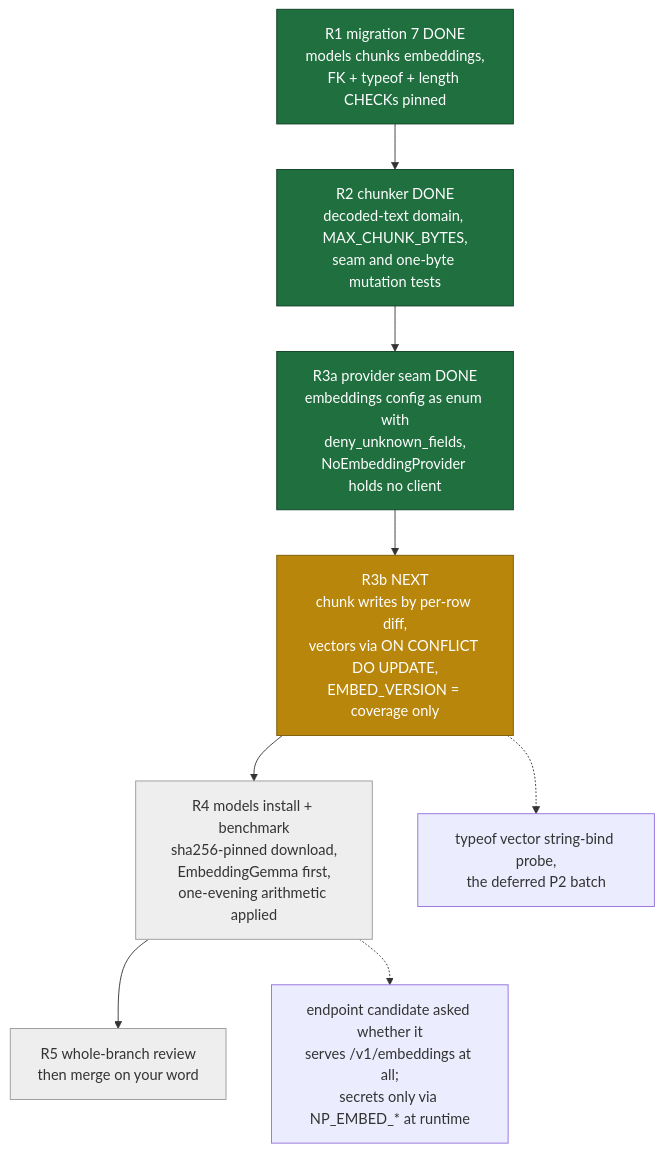
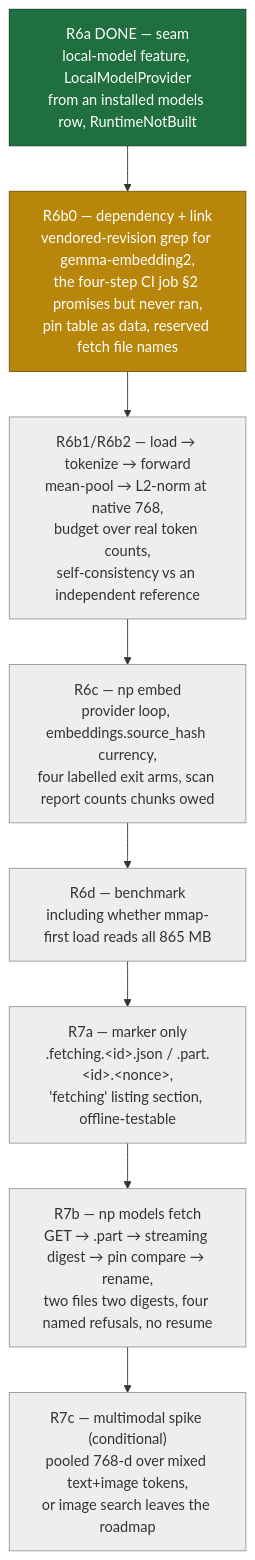
Before and after one commit to Ex-Bot-01/note-processor: the third of 3 diagrams in docs/plan-2026-10-28-state-and-roadmap.md, drawn with Mermaid. The commit also changed other lines of this file and 1 other file, not shown here.

````diff
--- a/docs/plan-2026-10-28-state-and-roadmap.md
+++ b/docs/plan-2026-10-28-state-and-roadmap.md
@@ -88,21 +114,20 @@
 ```mermaid
 flowchart TD
-    R1["R1 migration 7 DONE<br/>models chunks embeddings,<br/>FK + typeof + length CHECKs pinned"]
-    R2["R2 chunker DONE<br/>decoded-text domain, MAX_CHUNK_BYTES,<br/>seam and one-byte mutation tests"]
-    R3["R3a provider seam DONE<br/>embeddings config as enum with<br/>deny_unknown_fields,<br/>NoEmbeddingProvider holds no client"]
-    R3B["R3b NEXT<br/>chunk writes by per-row diff,<br/>vectors via ON CONFLICT DO UPDATE,<br/>EMBED_VERSION = coverage only"]
-    R4["R4 models install + benchmark<br/>sha256-pinned download,<br/>EmbeddingGemma first,<br/>one-evening arithmetic applied"]
-    R5["R5 whole-branch review<br/>then merge on your word"]
+    A["R6a DONE — seam<br/>local-model feature, LocalModelProvider<br/>from an installed models row, RuntimeNotBuilt"]
+    B["R6b0 — dependency + link<br/>vendored-revision grep for gemma-embedding2,<br/>the four-step CI job §2 promises but never ran,<br/>pin table as data, reserved fetch file names"]
+    C["R6b1/R6b2 — load → tokenize → forward<br/>mean-pool → L2-norm at native 768,<br/>budget over real token counts,<br/>self-consistency vs an independent reference"]
+    D["R6c — np embed<br/>provider loop, embeddings.source_hash currency,<br/>four labelled exit arms, scan report counts chunks owed"]
+    E["R6d — benchmark<br/>including whether mmap-first load reads all 865 MB"]
+    F["R7a — marker only<br/>.fetching.&lt;id&gt;.json / .part.&lt;id&gt;.&lt;nonce&gt;,<br/>'fetching' listing section, offline-testable"]
+    G["R7b — np models fetch<br/>GET → .part → streaming digest → pin compare → rename,<br/>two files two digests, four named refusals, no resume"]
+    H["R7c — multimodal spike (conditional)<br/>pooled 768-d over mixed text+image tokens,<br/>or image search leaves the roadmap"]
 
-    R1 --> R2 --> R3 --> R3B --> R4 --> R5
-
-    R3B -.-> N1["typeof vector string-bind probe,<br/>the deferred P2 batch"]
-    R4 -.-> N2["endpoint candidate asked whether it<br/>serves /v1/embeddings at all;<br/>secrets only via NP_EMBED_* at runtime"]
+    A --> B --> C --> D --> E --> F --> G --> H
 
     classDef done fill:#1f6f3f,color:#fff,stroke:#0d3d22
     classDef next fill:#b8860b,color:#fff,stroke:#7a5a08
     classDef todo fill:#eee,stroke:#999,color:#333
-    class R1,R2,R3 done
-    class R3B next
-    class R4,R5 todo
+    class A done
+    class B next
+    class C,D,E,F,G,H todo
 ```
````
